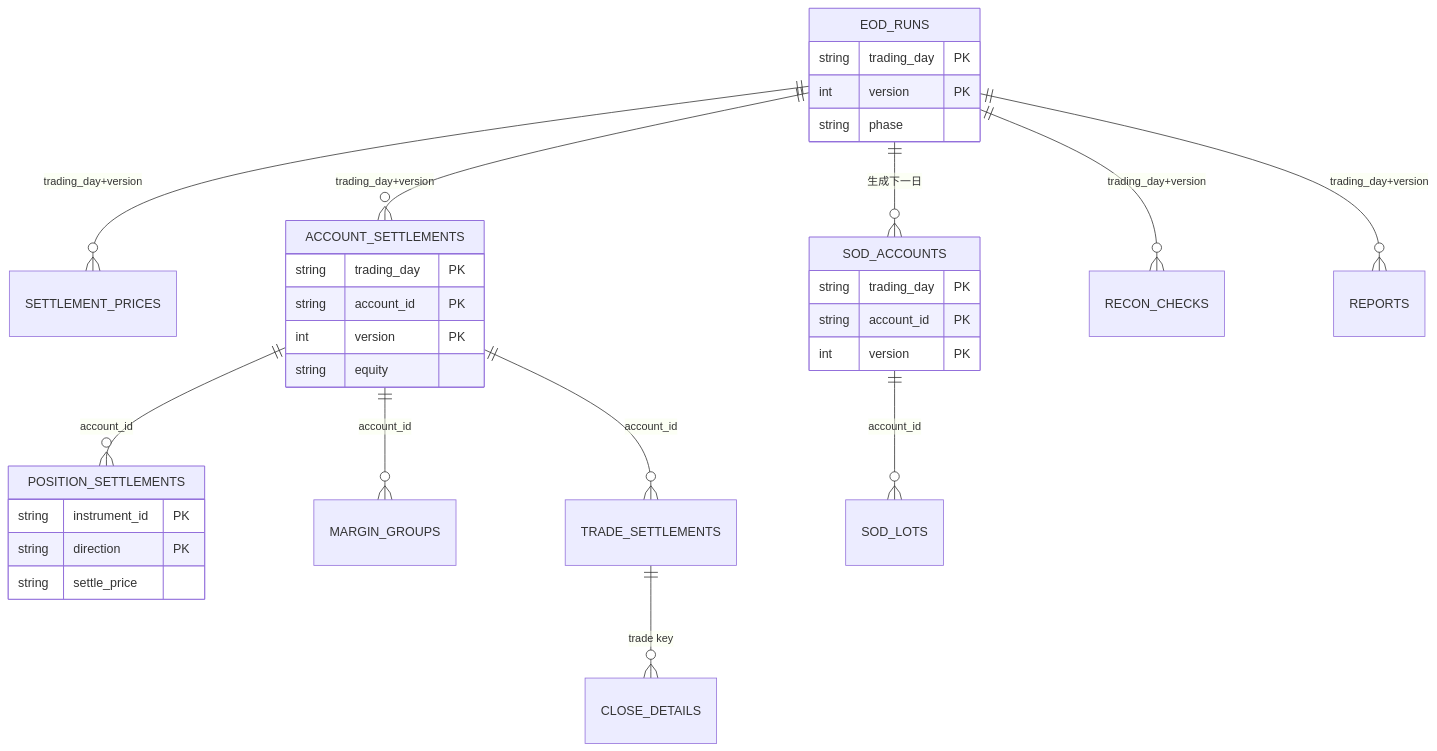
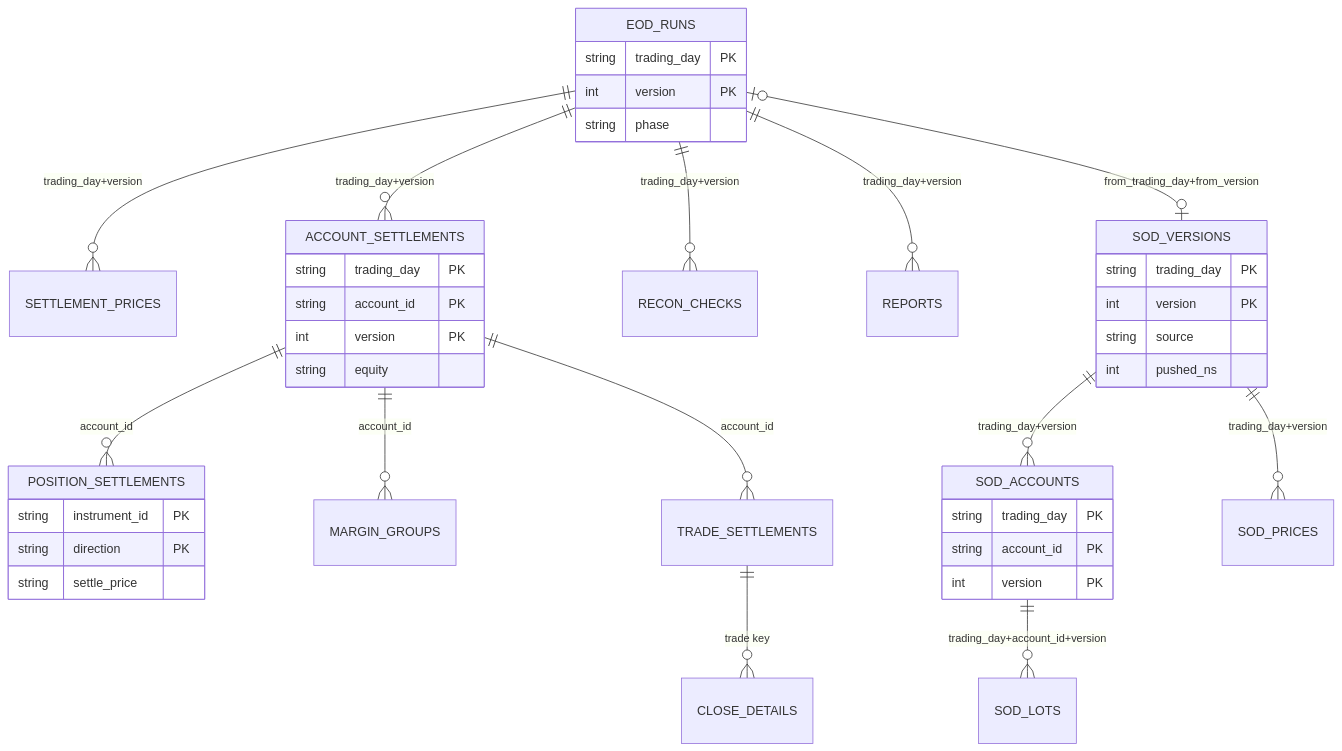
The fourth of 4 diagrams in docs/03-database-schema.md (tom-xue-dev/futrisk), drawn with Mermaid before and after one commit. The commit also changed other lines of this file and 31 other files, not shown here.

First line of the commit message:
文档：按代码重建 docs 为 v1.0，全量验证并重拍截图

````diff
--- a/docs/03-database-schema.md
+++ b/docs/03-database-schema.md
@@ -812,34 +806,42 @@
 ```mermaid
 erDiagram
     EOD_RUNS ||--o{ SETTLEMENT_PRICES : "trading_day+version"
     EOD_RUNS ||--o{ ACCOUNT_SETTLEMENTS : "trading_day+version"
     ACCOUNT_SETTLEMENTS ||--o{ POSITION_SETTLEMENTS : "account_id"
     ACCOUNT_SETTLEMENTS ||--o{ MARGIN_GROUPS : "account_id"
     ACCOUNT_SETTLEMENTS ||--o{ TRADE_SETTLEMENTS : "account_id"
     TRADE_SETTLEMENTS ||--o{ CLOSE_DETAILS : "trade key"
-    EOD_RUNS ||--o{ SOD_ACCOUNTS : "生成下一日"
-    SOD_ACCOUNTS ||--o{ SOD_LOTS : "account_id"
     EOD_RUNS ||--o{ RECON_CHECKS : "trading_day+version"
     EOD_RUNS ||--o{ REPORTS : "trading_day+version"
+    EOD_RUNS |o--o| SOD_VERSIONS : "from_trading_day+from_version"
+    SOD_VERSIONS ||--o{ SOD_ACCOUNTS : "trading_day+version"
+    SOD_VERSIONS ||--o{ SOD_PRICES : "trading_day+version"
+    SOD_ACCOUNTS ||--o{ SOD_LOTS : "trading_day+account_id+version"
     EOD_RUNS {
         string trading_day PK
         int version PK
         string phase
     }
     ACCOUNT_SETTLEMENTS {
         string trading_day PK
         string account_id PK
         int version PK
         string equity
     }
     POSITION_SETTLEMENTS {
         string instrument_id PK
         string direction PK
         string settle_price
     }
+    SOD_VERSIONS {
+        string trading_day PK
+        int version PK
+        string source
+        int pushed_ns
+    }
     SOD_ACCOUNTS {
         string trading_day PK
         string account_id PK
         int version PK
     }
 ```
````
